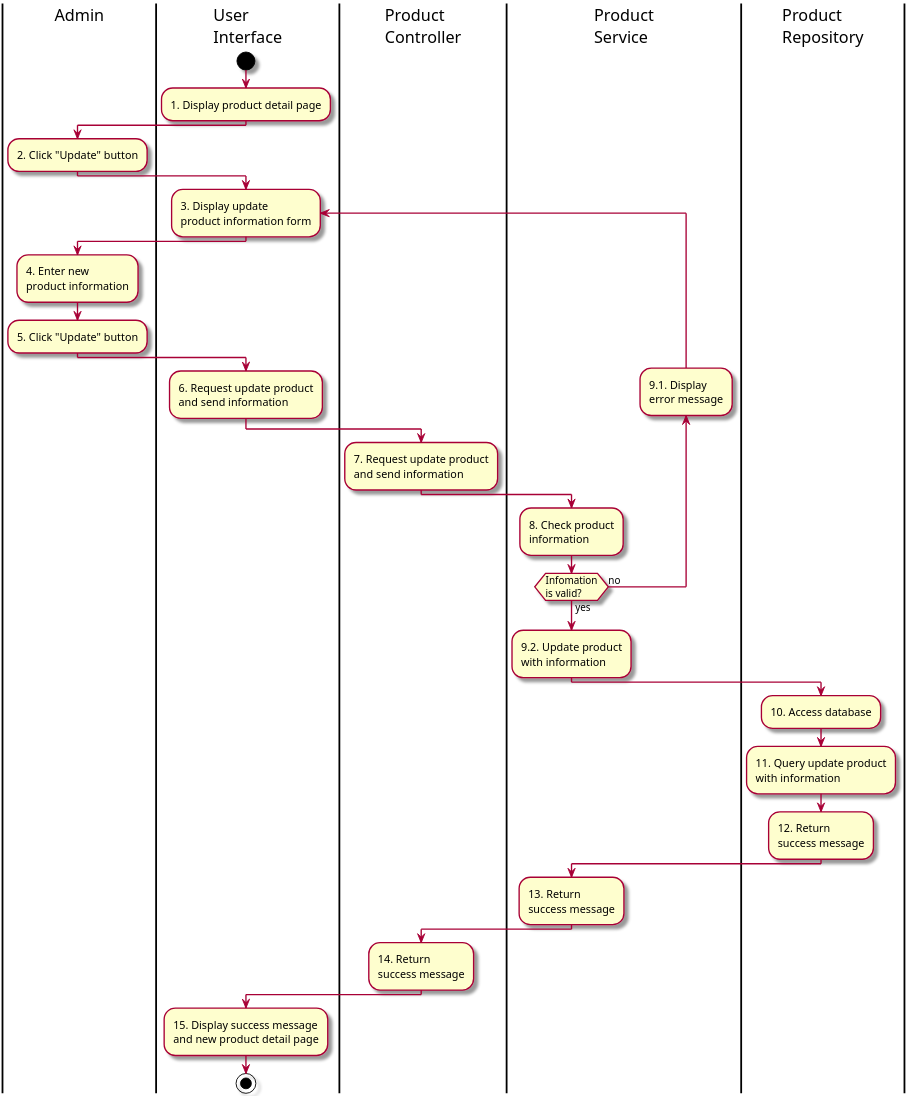
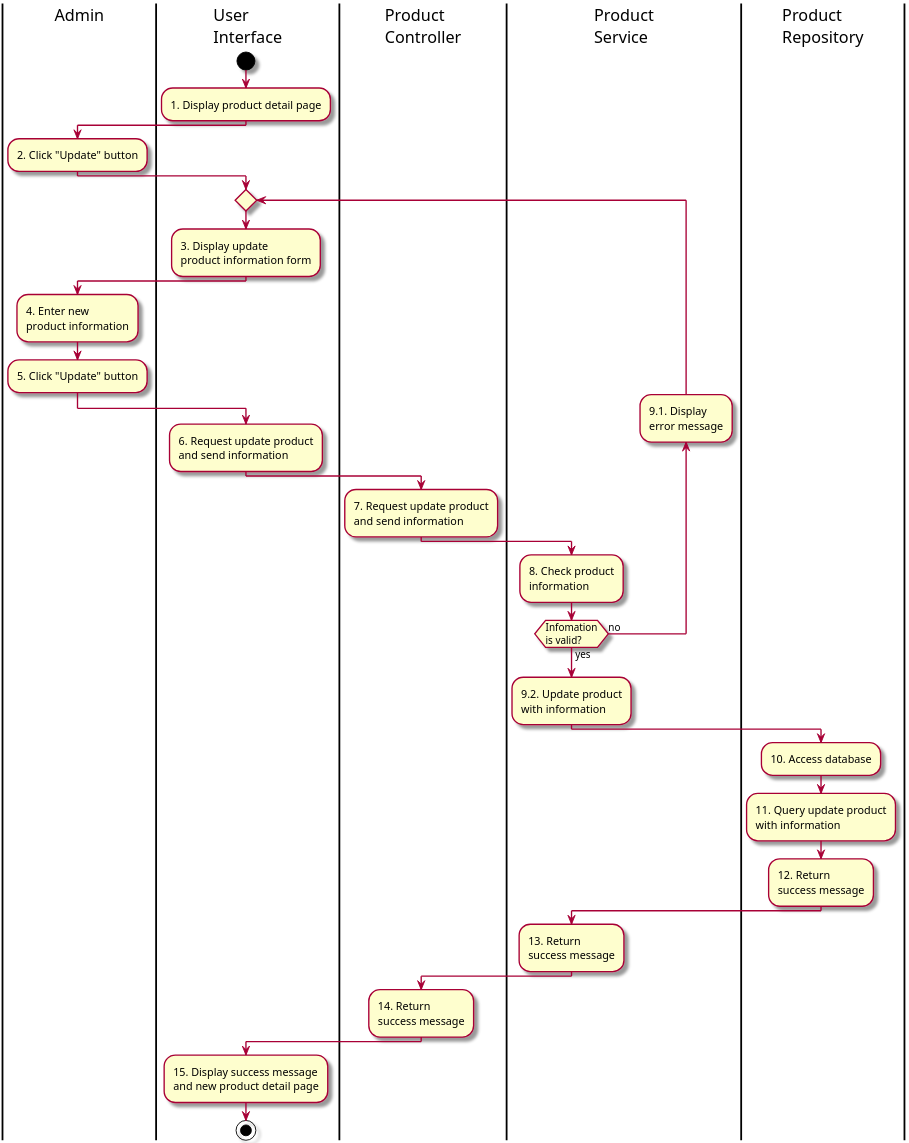
One commit to Marowota/ecommerce-plantuml changed the diagram in Activity/1.3. ActUpdateProductInfo.puml. Above: the diagram before and after it, drawn with PlantUML. The commit also changed 7 other files, not shown here.

Commit message:
add some product diagram

```diff
--- a/Activity/1.3. ActUpdateProductInfo.puml
+++ b/Activity/1.3. ActUpdateProductInfo.puml
@@ -1,43 +1,43 @@
-@startuml ActProductInfo
+@startuml ActUpdateProductInfo
 
 skin rose
 scale 3
 
 |Admin|
 |User\nInterface|
 |Product\nController|
 |Product\nService|
 |Product\nRepository|
 |User\nInterface|
 start
 :1. Display product detail page;
 |Admin|
 :2. Click "Update" button;
 |User\nInterface|
-repeat :3. Display update\nproduct information form;
+repeat
+:3. Display update\nproduct information form;
 |Admin|
 :4. Enter new\nproduct information;
 :5. Click "Update" button;
 |User\nInterface|
 :6. Request update product\nand send information;
 |Product\nController|
 :7. Request update product\nand send information;
 |Product\nService|
 :8. Check product\ninformation;
 backward :9.1. Display\nerror message;
 repeat while(Infomation\nis valid?) is(no) not(yes)
 :9.2. Update product\nwith information;
 |Product\nRepository|
 :10. Access database;
 :11. Query update product\nwith information;
 :12. Return\nsuccess message;
 |Product\nService|
 :13. Return\nsuccess message;
 |Product\nController|
 :14. Return\nsuccess message;
 |User\nInterface|
 :15. Display success message\nand new product detail page;
 stop
 
-
 @enduml
```
